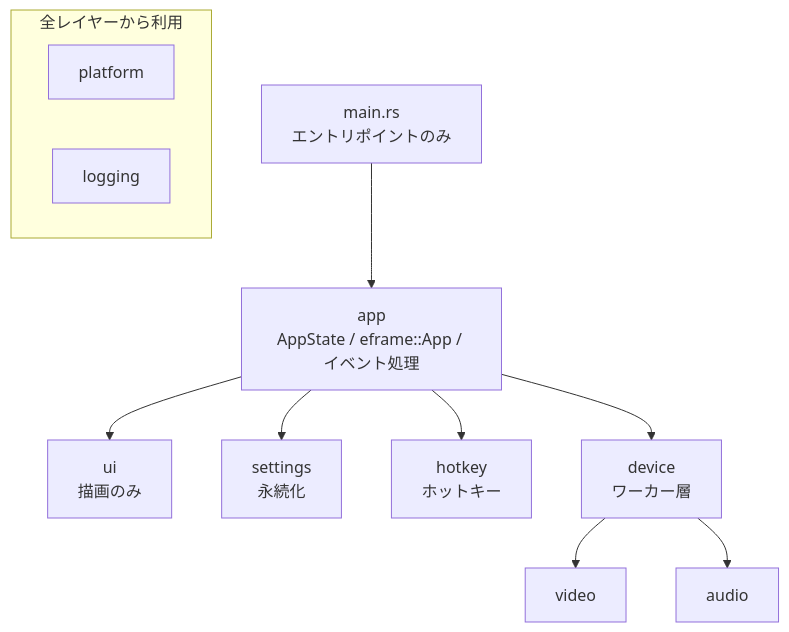
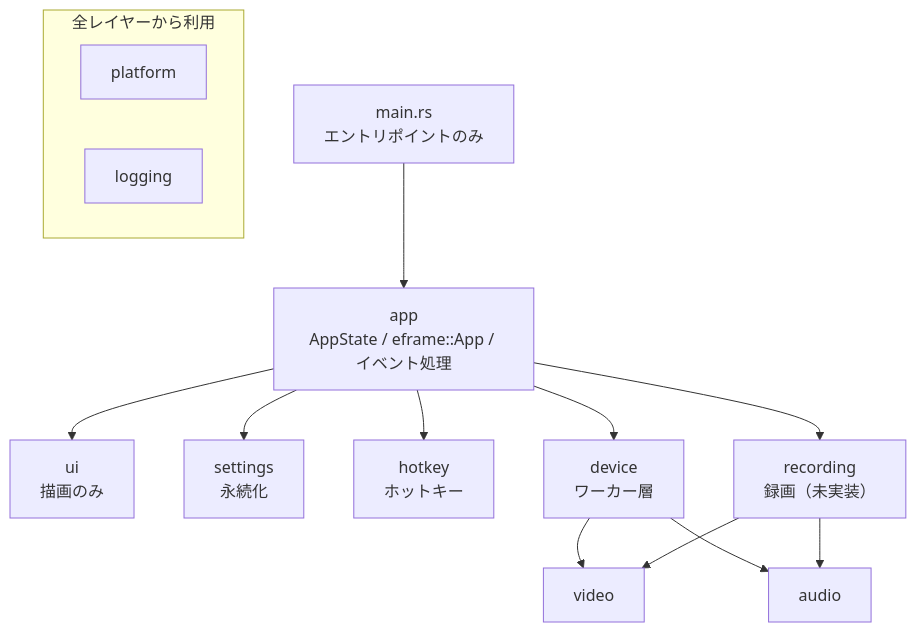
Before and after one commit to Mui-MuiMui/Capturecard_Viewer: the first of 4 diagrams in docs/ARCHITECTURE.md, drawn with Mermaid. The commit also changed other lines of this file and 2 other files, not shown here.

Commit message:
docs: 録画とリプレイバッファの設計を docs/design/recording.md に書く
#120 で方針が Media Foundation の Sink Writer に決まったので、実装に
入る前に設計を 1 本にまとめる。録画スレッドを 1 本足し、FrameSink と
入力コールバックからは待たずにリングへ積むだけにする経路、NV12 と
16bit PCM に揃えた Sink Writer の組み立て、PTS とドリフトの扱い、
失敗の扱い、[recording] の設定、UI、#182 へ伸ばすときの形と段階分けを
書いた。CLAUDE.md の設計文書の表と ARCHITECTURE.md のレイヤーにも
未実装として足す。

Refs: #120

````diff
--- a/docs/ARCHITECTURE.md
+++ b/docs/ARCHITECTURE.md
@@ -22,26 +22,30 @@
 ```mermaid
 flowchart TD
     main["main.rs<br/>エントリポイントのみ"]
     app["app<br/>AppState / eframe::App / イベント処理"]
     ui["ui<br/>描画のみ"]
     settings["settings<br/>永続化"]
     hotkey["hotkey<br/>ホットキー"]
     device["device<br/>ワーカー層"]
+    recording["recording<br/>録画（未実装）"]
     video["video"]
     audio["audio"]
     platform["platform"]
     logging["logging"]
 
     main --> app
     app --> ui
     app --> settings
     app --> hotkey
     app --> device
     device --> video
     device --> audio
+    app --> recording
+    recording --> video
+    recording --> audio
 
     subgraph shared ["全レイヤーから利用"]
         platform
         logging
     end
 ```
````
